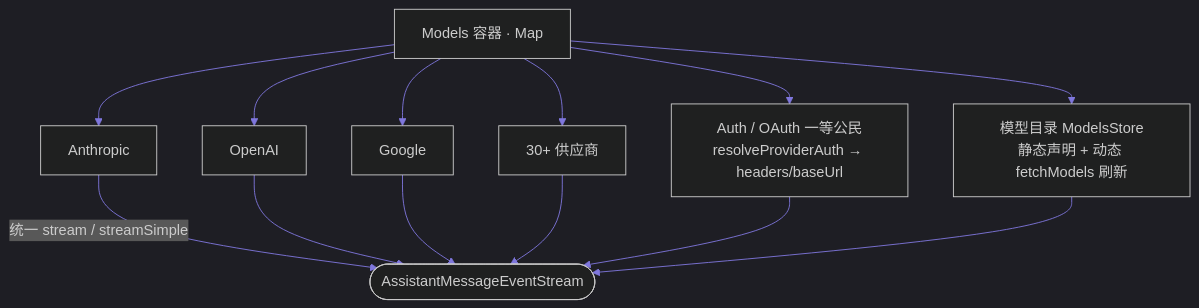
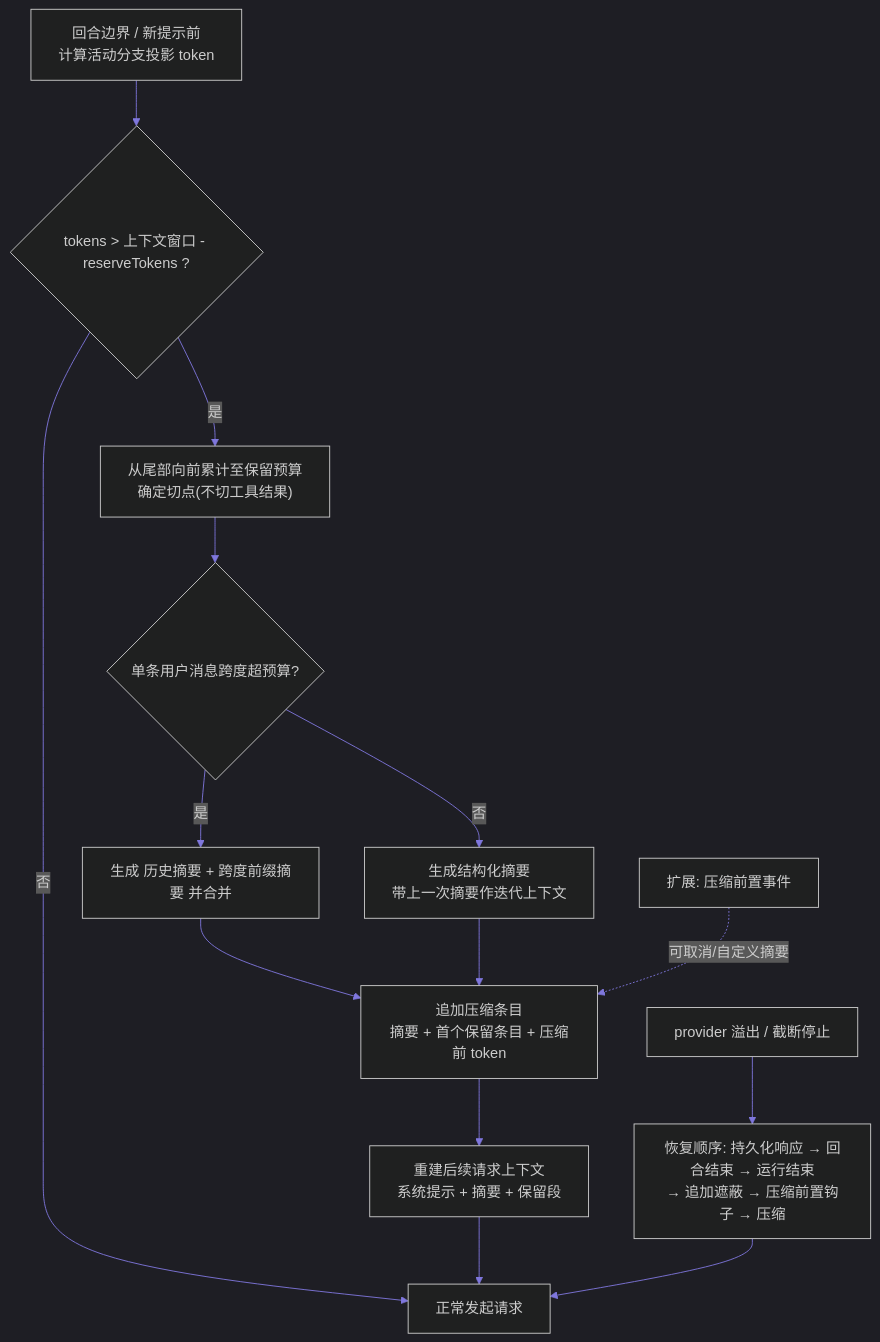
The fifth of 5 diagrams in knowledge/03-research/Agent/harness-engineering/pi-harness.md (chm535091029/wiki), drawn with Mermaid before and after one commit. The commit also changed other lines of this file and 4 other files, not shown here.

````diff
--- a/knowledge/03-research/Agent/harness-engineering/pi-harness.md
+++ b/knowledge/03-research/Agent/harness-engineering/pi-harness.md
@@ -594,16 +513,17 @@
 ```mermaid
-%%{init: {'theme':'dark','themeVariables':{'primaryColor':'#26215C','primaryTextColor':'#E7E5F7','lineColor':'#7F77DD'}}}%%
-flowchart TB
-    M["Models 容器 · Map<id, Provider>"] --> P1["Anthropic"]
-    M --> P2["OpenAI"]
-    M --> P3["Google"]
-    M --> P4["30+ 供应商"]
-    P1 -->|"统一 stream / streamSimple"| S(["AssistantMessageEventStream"])
-    P2 --> S
-    P3 --> S
-    P4 --> S
-    M --> A["Auth / OAuth 一等公民<br/>resolveProviderAuth → headers/baseUrl"]
-    M --> C["模型目录 ModelsStore<br/>静态声明 + 动态 fetchModels 刷新"]
-    A --> S
-    C --> S
+%%{init: {'theme':'dark','themeVariables':{'primaryColor':'#26215C','primaryTextColor':'#E7E5F7','lineColor':'#7F77DD','fontFamily':'system-ui'}}}%%
+flowchart TD
+    A["回合边界 / 新提示前<br/>计算活动分支投影 token"] --> B{"tokens > 上下文窗口 - reserveTokens ?"}
+    B -- 否 --> Z["正常发起请求"]
+    B -- 是 --> C["从尾部向前累计至保留预算<br/>确定切点(不切工具结果)"]
+    C --> D{"单条用户消息跨度超预算?"}
+    D -- 是 --> E["生成 历史摘要 + 跨度前缀摘要 并合并"]
+    D -- 否 --> F["生成结构化摘要<br/>带上一次摘要作迭代上下文"]
+    E --> G
+    F --> G["追加压缩条目<br/>摘要 + 首个保留条目 + 压缩前 token"]
+    G --> H["重建后续请求上下文<br/>系统提示 + 摘要 + 保留段"]
+    H --> Z
+    P["provider 溢出 / 截断停止"] --> R["恢复顺序: 持久化响应 → 回合结束 → 运行结束<br/>→ 追加遮蔽 → 压缩前置钩子 → 压缩"]
+    R --> Z
+    X["扩展: 压缩前置事件"] -.可取消/自定义摘要.-> G
 ```
````
